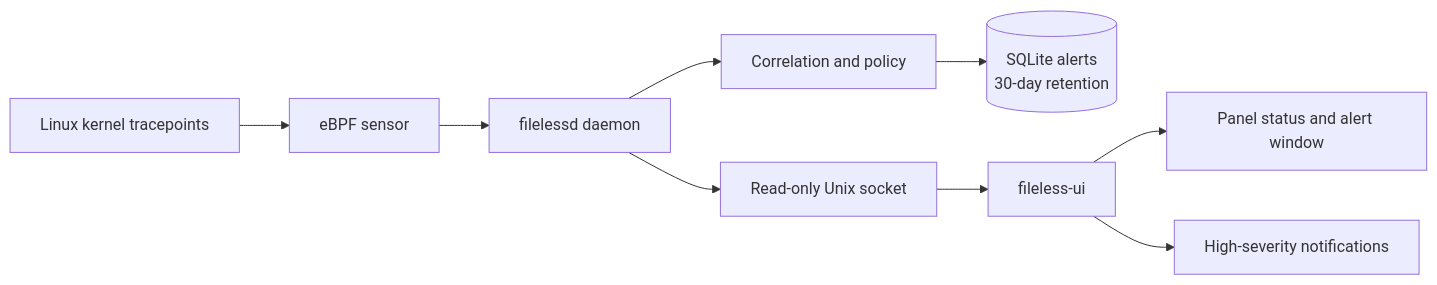
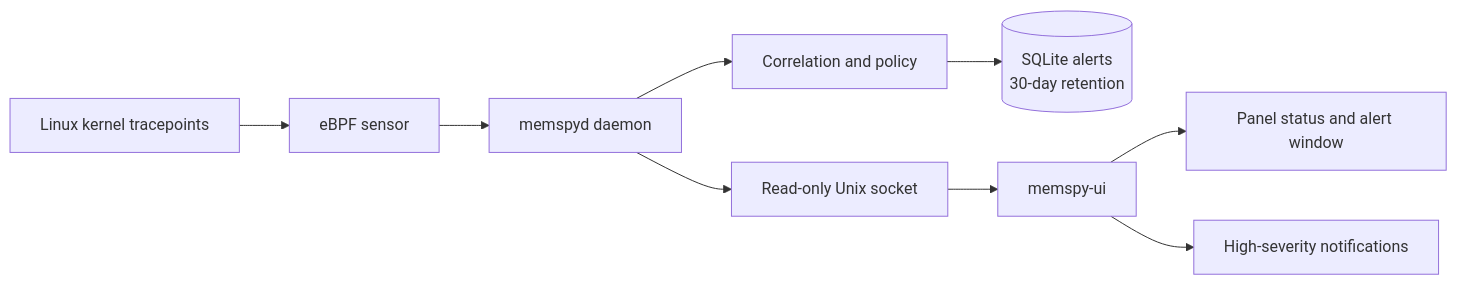
The diagram in README.md (MrN1gativ3/MemSpy), drawn with Mermaid before and after one commit. The commit also changed other lines of this file and 97 other files, not shown here.

````diff
--- a/README.md
+++ b/README.md
@@ -36,11 +36,11 @@
 ```mermaid
 flowchart LR
     K[Linux kernel tracepoints] --> B[eBPF sensor]
-    B --> D[filelessd daemon]
+    B --> D[memspyd daemon]
     D --> P[Correlation and policy]
     P --> S[(SQLite alerts<br/>30-day retention)]
     D --> A[Read-only Unix socket]
-    A --> U[fileless-ui]
+    A --> U[memspy-ui]
     U --> I[Panel status and alert window]
     U --> N[High-severity notifications]
 ```
````
